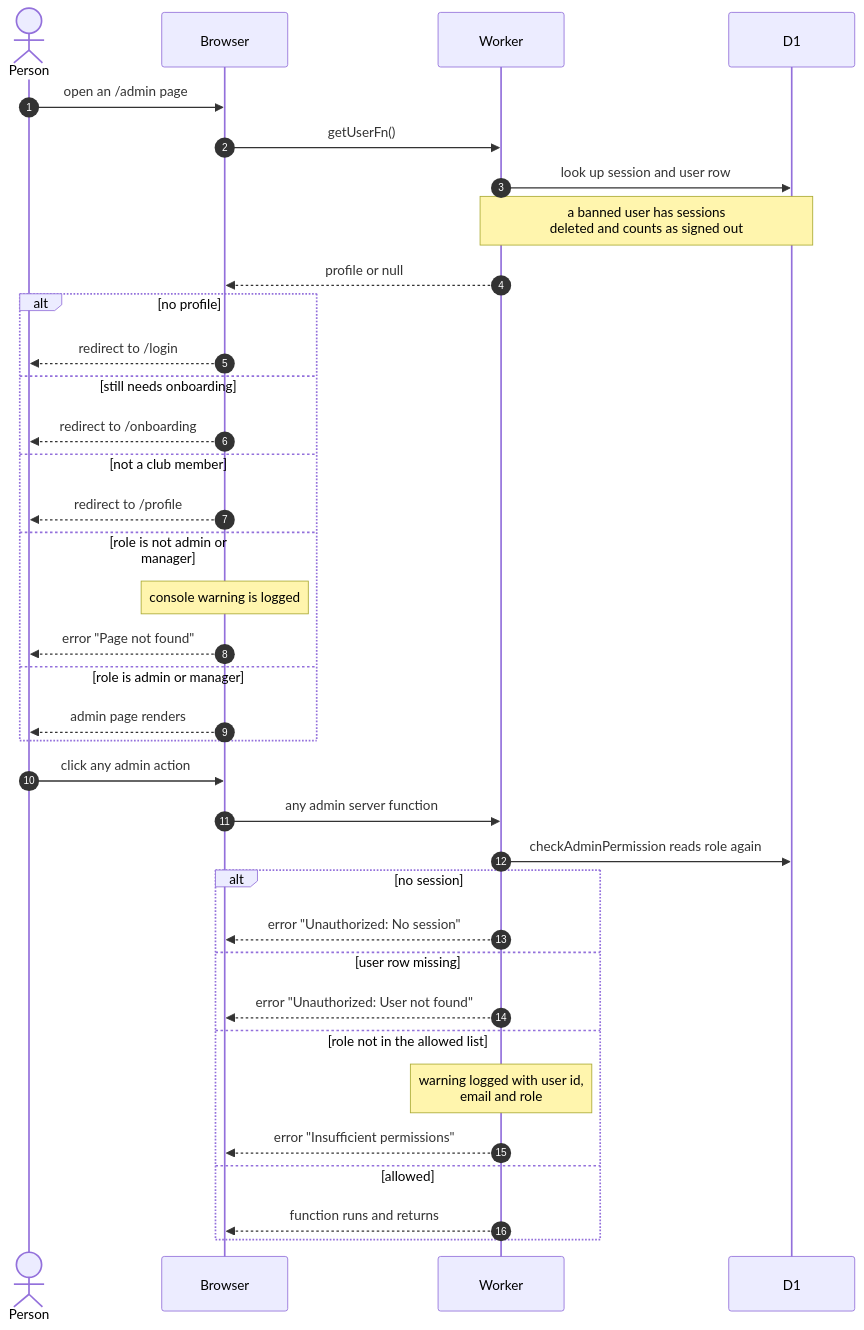
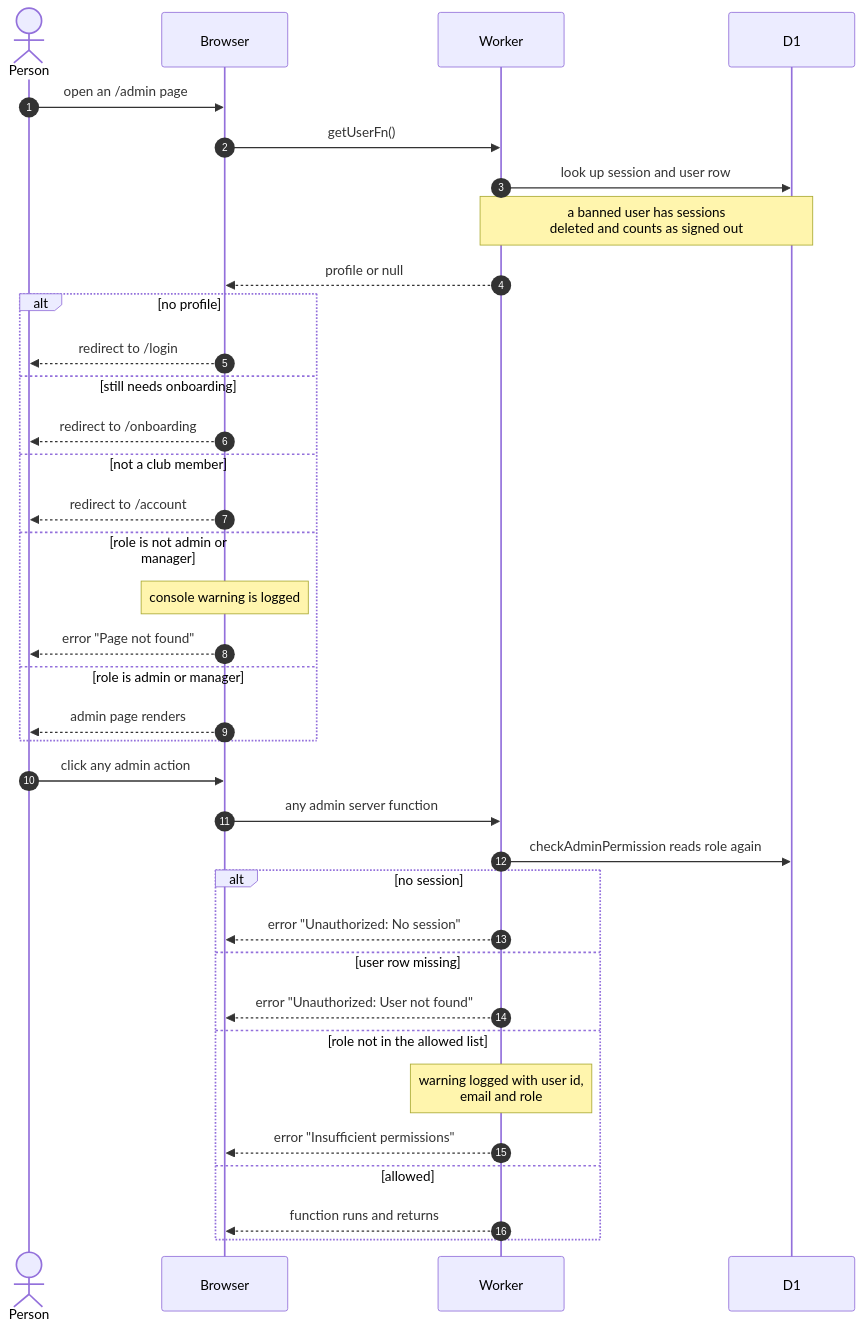
The diagram in docs/scenarios/admin/route-gate.md (sagyzdop/meriksirat), drawn with Mermaid before and after one commit. The commit also changed other lines of this file and 157 other files, not shown here.

````diff
--- a/docs/scenarios/admin/route-gate.md
+++ b/docs/scenarios/admin/route-gate.md
@@ -13,39 +14,39 @@
 ```mermaid
 sequenceDiagram
     autonumber
     actor Person as Person
     participant Browser
     participant Worker
     participant D1
 
     Person->>Browser: open an /admin page
     Browser->>Worker: getUserFn()
     Worker->>D1: look up session and user row
     Note over Worker,D1: a banned user has sessions<br/>deleted and counts as signed out
     Worker-->>Browser: profile or null
     alt no profile
         Browser-->>Person: redirect to /login
     else still needs onboarding
         Browser-->>Person: redirect to /onboarding
     else not a club member
-        Browser-->>Person: redirect to /profile
+        Browser-->>Person: redirect to /account
     else role is not admin or manager
         Note over Browser: console warning is logged
         Browser-->>Person: error "Page not found"
     else role is admin or manager
         Browser-->>Person: admin page renders
     end
     Person->>Browser: click any admin action
     Browser->>Worker: any admin server function
     Worker->>D1: checkAdminPermission reads role again
     alt no session
         Worker-->>Browser: error "Unauthorized: No session"
     else user row missing
         Worker-->>Browser: error "Unauthorized: User not found"
     else role not in the allowed list
         Note over Worker: warning logged with user id,<br/>email and role
         Worker-->>Browser: error "Insufficient permissions"
     else allowed
         Worker-->>Browser: function runs and returns
     end
 ```
````
